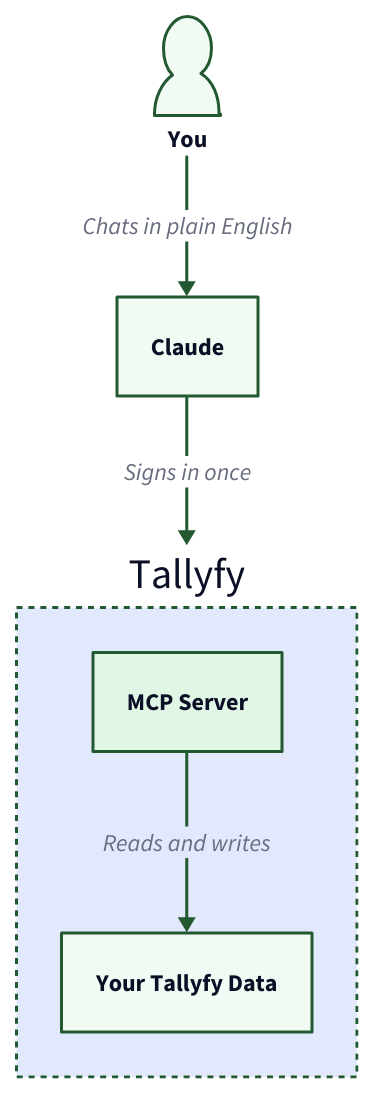
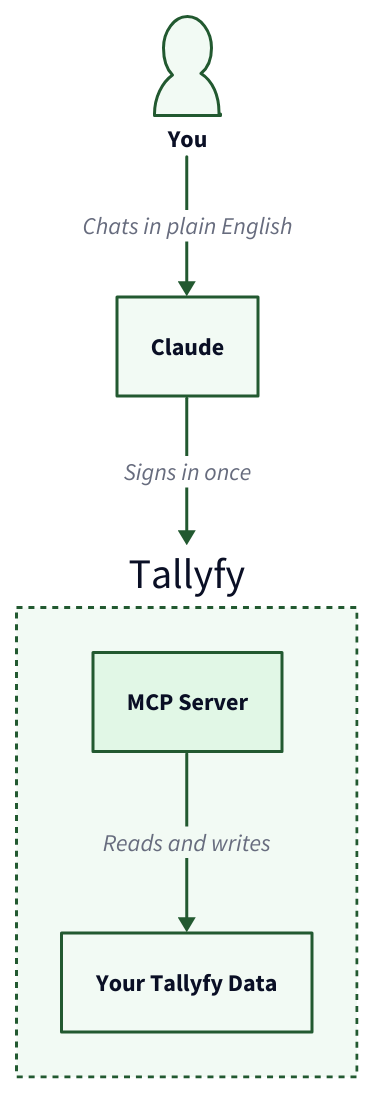
One commit to tallyfy/documentation changed the diagram in src/content/docs/pro/integrations/byo-ai/claude-integration.mdx. Above: the diagram before and after it, drawn with D2.

Commit message:
Fill the Tallyfy box on the Claude integration diagram
The dashed Tallyfy container had no fill, so it took the theme's default
teal instead of the house green the rest of the diagram uses.

Part of #505

````diff
--- a/src/content/docs/pro/integrations/byo-ai/claude-integration.mdx
+++ b/src/content/docs/pro/integrations/byo-ai/claude-integration.mdx
@@ -46,44 +46,45 @@
 ```d2
 # How Claude reaches your Tallyfy data
 direction: down
 
 You: You {
   shape: person
   style.fill: "#f2faf4"
   style.stroke: "#225930"
 }
 
 Claude: Claude {
   style.fill: "#f2faf4"
   style.stroke: "#225930"
   style.stroke-width: 2
 }
 
 Tallyfy: Tallyfy {
+  style.fill: "#f2faf4"
   style.stroke: "#225930"
   style.stroke-dash: 2
 
   Gate: MCP Server {
     style.fill: "#e1f7e6"
     style.stroke: "#225930"
   }
 
   Data: Your Tallyfy Data {
     style.fill: "#f2faf4"
     style.stroke: "#225930"
     style.stroke-width: 2
   }
 
   Gate -> Data: Reads and writes {
     style.stroke: "#225930"
   }
 }
 
 You -> Claude: Chats in plain English {
   style.stroke: "#225930"
 }
 Claude -> Tallyfy: Signs in once {
   style.stroke: "#225930"
   style.stroke-width: 2
 }
 ```
````
